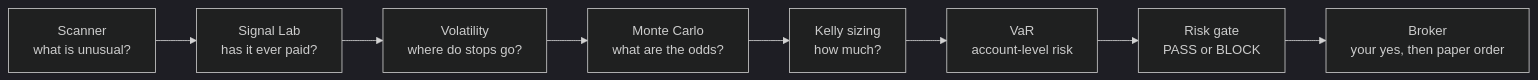
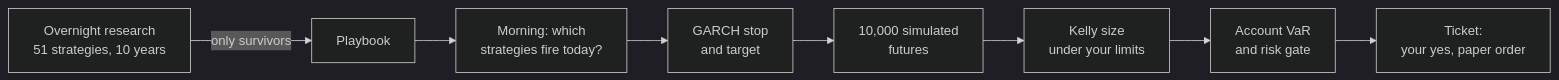
One commit to roan-maverick/MIT-trader-skill changed the diagram in README.md. Above: the diagram before and after it, drawn with Mermaid (dark theme). The commit also changed other lines of this file and 140 other files, not shown here.

First line of the commit message:
One skill, the whole course: mit-trader, with overnight strategy research

````diff
--- a/README.md
+++ b/README.md
@@ -108,10 +144,10 @@
 ```mermaid
 flowchart LR
-    A[Scanner<br/>what is unusual?] --> B[Signal Lab<br/>has it ever paid?]
-    B --> C[Volatility<br/>where do stops go?]
-    C --> D[Monte Carlo<br/>what are the odds?]
-    D --> E[Kelly sizing<br/>how much?]
-    E --> F[VaR<br/>account-level risk]
-    F --> G[Risk gate<br/>PASS or BLOCK]
-    G --> H[Broker<br/>your yes, then paper order]
+    R[Overnight research<br/>51 strategies, 10 years] -->|only survivors| P[Playbook]
+    P --> S[Morning: which<br/>strategies fire today?]
+    S --> V[GARCH stop<br/>and target]
+    V --> M[10,000 simulated<br/>futures]
+    M --> K[Kelly size<br/>under your limits]
+    K --> A[Account VaR<br/>and risk gate]
+    A --> Y[Ticket:<br/>your yes, paper order]
 ```
````
